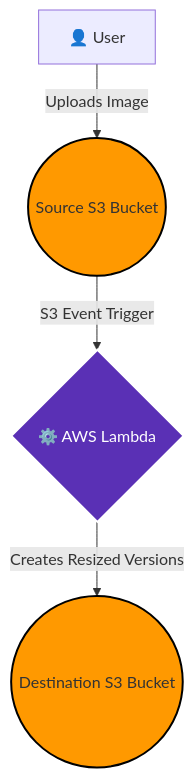
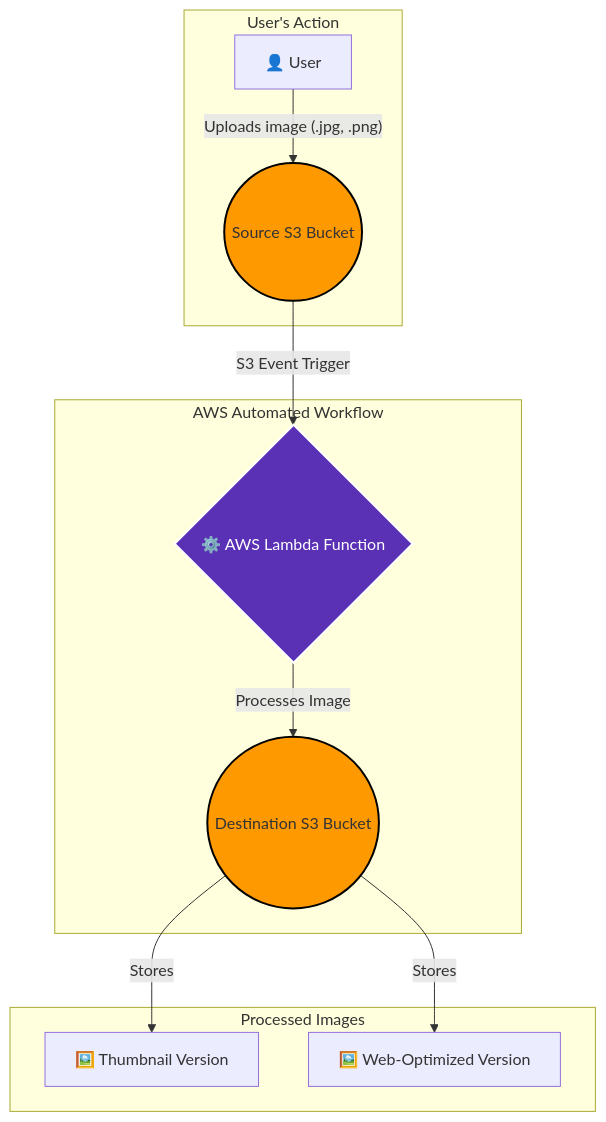
The diagram in README.md (yashuhs/aws-image-processing-pipeline), drawn with Mermaid before and after one commit. The commit also changed other lines of this file, not shown here.

````diff
--- a/README.md
+++ b/README.md
@@ -9,10 +9,20 @@
 ```mermaid
 graph TD;
-    A[👤 User] -- Uploads Image --> B((Source S3 Bucket));
-    B -- S3 Event Trigger --> C{⚙️ AWS Lambda};
-    C -- Creates Resized Versions --> D((Destination S3 Bucket));
+    subgraph "User's Action"
+        A[👤 User] -- Uploads image (.jpg, .png) --> B((Source S3 Bucket));
+    end
+
+    subgraph "AWS Automated Workflow"
+        B -- S3 Event Trigger --> C{⚙️ AWS Lambda Function};
+        C -- Processes Image --> D((Destination S3 Bucket));
+    end
+
+    subgraph "Processed Images"
+        D -- Stores --> E[🖼️ Thumbnail Version];
+        D -- Stores --> F[🖼️ Web-Optimized Version];
+    end
 
     style B fill:#FF9900,stroke:#000000,stroke-width:2px
     style D fill:#FF9900,stroke:#000000,stroke-width:2px
     style C fill:#5A30B5,stroke:#FFFFFF,stroke-width:2px,color:#FFFFFF
 ```
````
